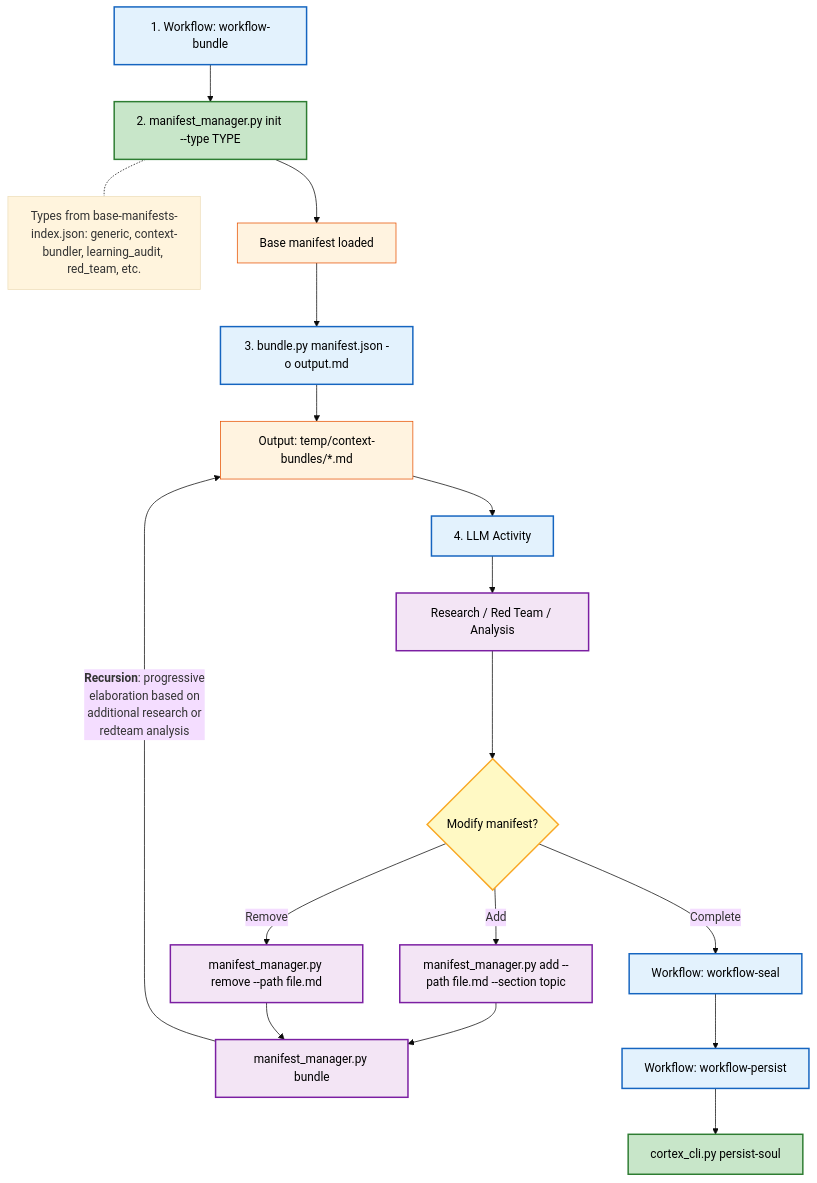
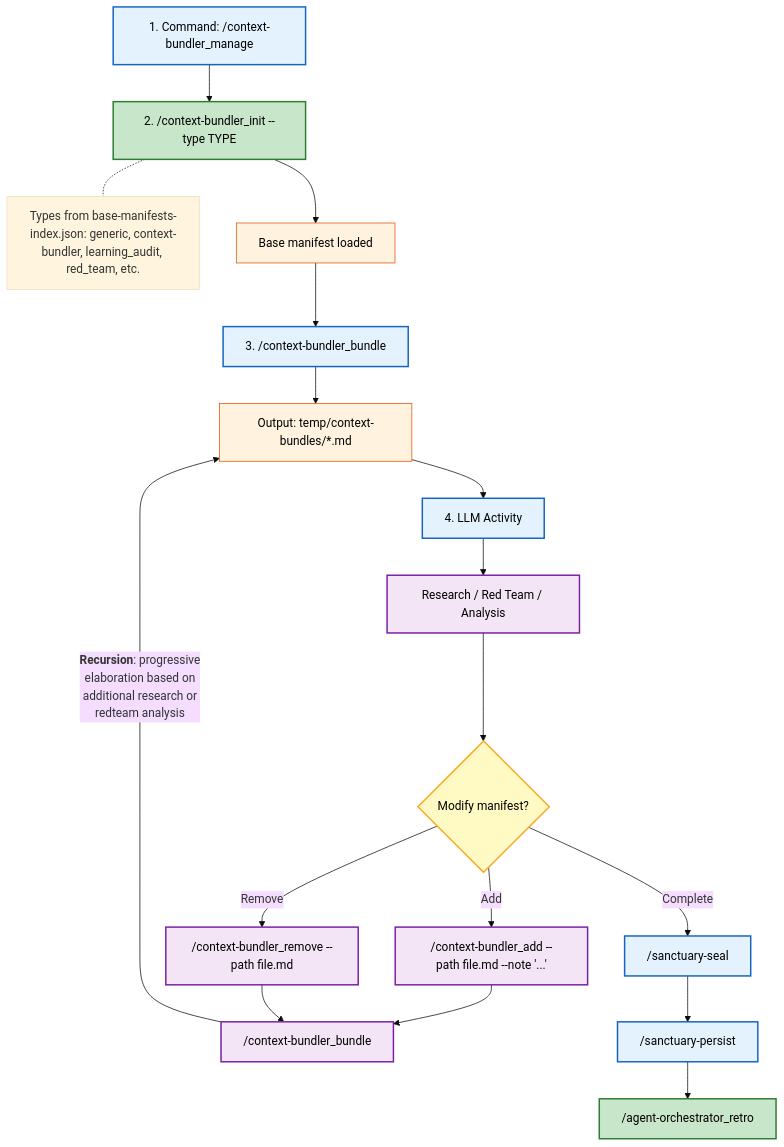
Before and after one commit to richfrem/Project_Sanctuary: the diagram in plugins/context-bundler/docs/bundling-architecture-proposed.mmd, drawn with Mermaid. The commit also changed 547 other files, not shown here.

```diff
--- a/plugins/context-bundler/docs/bundling-architecture-proposed.mmd
+++ b/plugins/context-bundler/docs/bundling-architecture-proposed.mmd
@@ -1,41 +1,41 @@
 ---
 config:
   theme: base
 ---
 flowchart TB
-    START["1. Workflow: workflow-bundle"] --> INIT["2. manifest_manager.py init --type TYPE"]
+    START["1. Command: /context-bundler_manage"] --> INIT["2. /context-bundler_init --type TYPE"]
     INIT -.- NOTE_TYPES["Types from base-manifests-index.json: generic, context-bundler, learning_audit, red_team, etc."]
     INIT --> BASE_LOADED["Base manifest loaded"]
-    BASE_LOADED --> BUNDLE["3. bundle.py manifest.json -o output.md"]
+    BASE_LOADED --> BUNDLE["3. /context-bundler_bundle"]
     BUNDLE --> OUTPUT["Output: temp/context-bundles/*.md"]
     OUTPUT --> LLM_ACTIVITY["4. LLM Activity"]
     LLM_ACTIVITY --> LLM_WORK["Research / Red Team / Analysis"]
     LLM_WORK --> MODIFY_CHECK{"Modify manifest?"}
-    MODIFY_CHECK -- Add --> ADD_FILE["manifest_manager.py add --path file.md --section topic"]
-    MODIFY_CHECK -- Remove --> REMOVE_FILE["manifest_manager.py remove --path file.md"]
-    ADD_FILE --> REBUNDLE["manifest_manager.py bundle"]
+    MODIFY_CHECK -- Add --> ADD_FILE["/context-bundler_add --path file.md --note '...'"]
+    MODIFY_CHECK -- Remove --> REMOVE_FILE["/context-bundler_remove --path file.md"]
+    ADD_FILE --> REBUNDLE["/context-bundler_bundle"]
     REMOVE_FILE --> REBUNDLE
     REBUNDLE -->|"<b>Recursion</b>: progressive<br/>elaboration based on<br/>additional research or<br/>redteam analysis"| OUTPUT
-    MODIFY_CHECK -- Complete --> SEAL["Workflow: workflow-seal"]
-    SEAL --> PERSIST["Workflow: workflow-persist"]
-    PERSIST --> END["cortex_cli.py persist-soul"]
+    MODIFY_CHECK -- Complete --> SEAL["/sanctuary-seal"]
+    SEAL --> PERSIST["/sanctuary-persist"]
+    PERSIST --> END["/agent-orchestrator_retro"]
 
      START:::phase
      INIT:::action
      BASE_LOADED:::file
      BUNDLE:::phase
      OUTPUT:::file
      LLM_ACTIVITY:::phase
      LLM_WORK:::loop
      MODIFY_CHECK:::decision
      ADD_FILE:::loop
      REMOVE_FILE:::loop
      REBUNDLE:::loop
      SEAL:::phase
      PERSIST:::phase
      END:::action
     classDef phase fill:#e3f2fd,stroke:#1565c0,color:#000,stroke-width:2px
     classDef decision fill:#fff9c4,stroke:#f9a825,color:#000,stroke-width:2px
     classDef action fill:#c8e6c9,stroke:#2e7d32,color:#000,stroke-width:2px
     classDef loop fill:#f3e5f5,stroke:#7b1fa2,color:#000,stroke-width:2px
     classDef file fill:#fff3e0,stroke:#e65100,color:#000,stroke-width:1px
```
